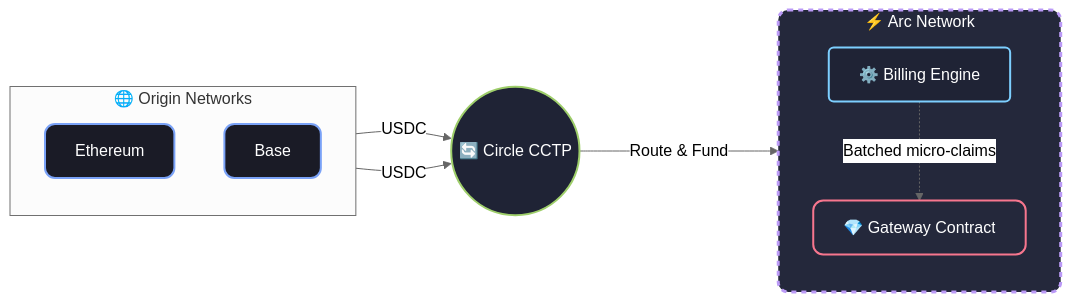
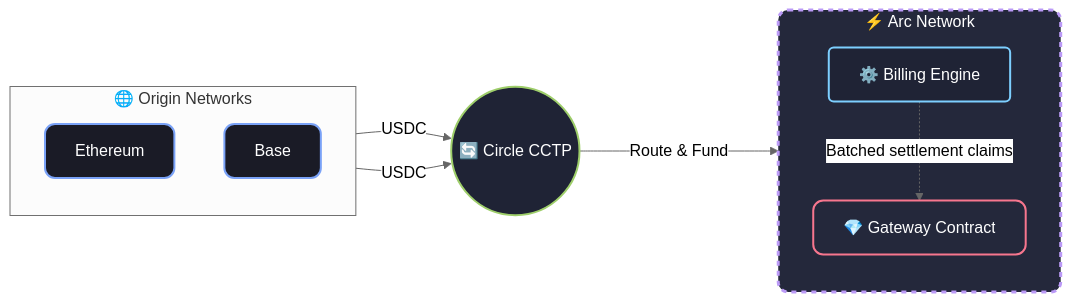
The diagram in docs/ARCHITECTURE.md (JaDi03/-Arc-Cashier), drawn with Mermaid (neutral theme) before and after one commit. The commit also changed other lines of this file and 26 other files, not shown here.

````diff
--- a/docs/ARCHITECTURE.md
+++ b/docs/ARCHITECTURE.md
@@ -11,30 +11,30 @@
 ```mermaid
 flowchart LR
     %% Custom Premium Styling
     classDef origin fill:#1A1B26,stroke:#7AA2F7,stroke-width:2px,color:#FFFFFF,rx:10,ry:10
     classDef cctp fill:#1F2335,stroke:#9ECE6A,stroke-width:2px,color:#FFFFFF,rx:10,ry:10
     classDef arc fill:#24283B,stroke:#BB9AF7,stroke-width:3px,color:#FFFFFF,rx:10,ry:10,stroke-dasharray: 5 5
     classDef blockchain fill:#24283B,stroke:#F7768E,stroke-width:2px,color:#FFFFFF,rx:10,ry:10
     classDef engine fill:#1F2335,stroke:#7DCFFF,stroke-width:2px,color:#FFFFFF,rx:5,ry:5
 
     subgraph Origins ["🌐 Origin Networks"]
         direction TB
         ETH["Ethereum"]:::origin
         BAS["Base"]:::origin
     end
 
     CCTP(("🔄 Circle CCTP")):::cctp
     
     subgraph ArcNet ["⚡ Arc Network"]
         direction TB
         Gateway["💎 Gateway Contract"]:::blockchain
         Engine["⚙️ Billing Engine"]:::engine
     end
     class ArcNet arc
 
     ETH -->|"USDC"| CCTP
     BAS -->|"USDC"| CCTP
     
     CCTP --->|"Route & Fund"| Gateway
-    Engine -.->|"Batched micro-claims"| Gateway
+    Engine -.->|"Batched settlement claims"| Gateway
 ```
````
